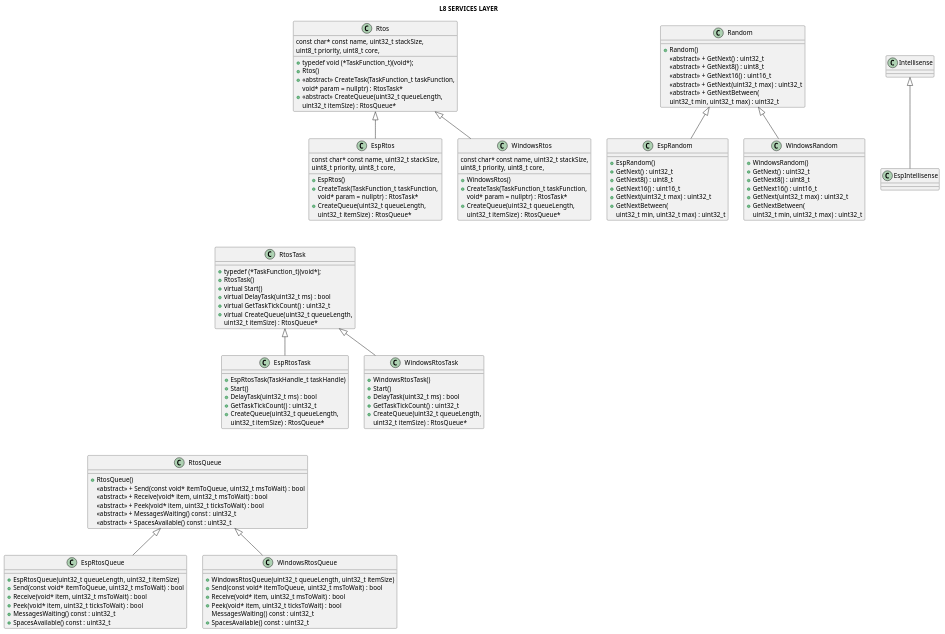
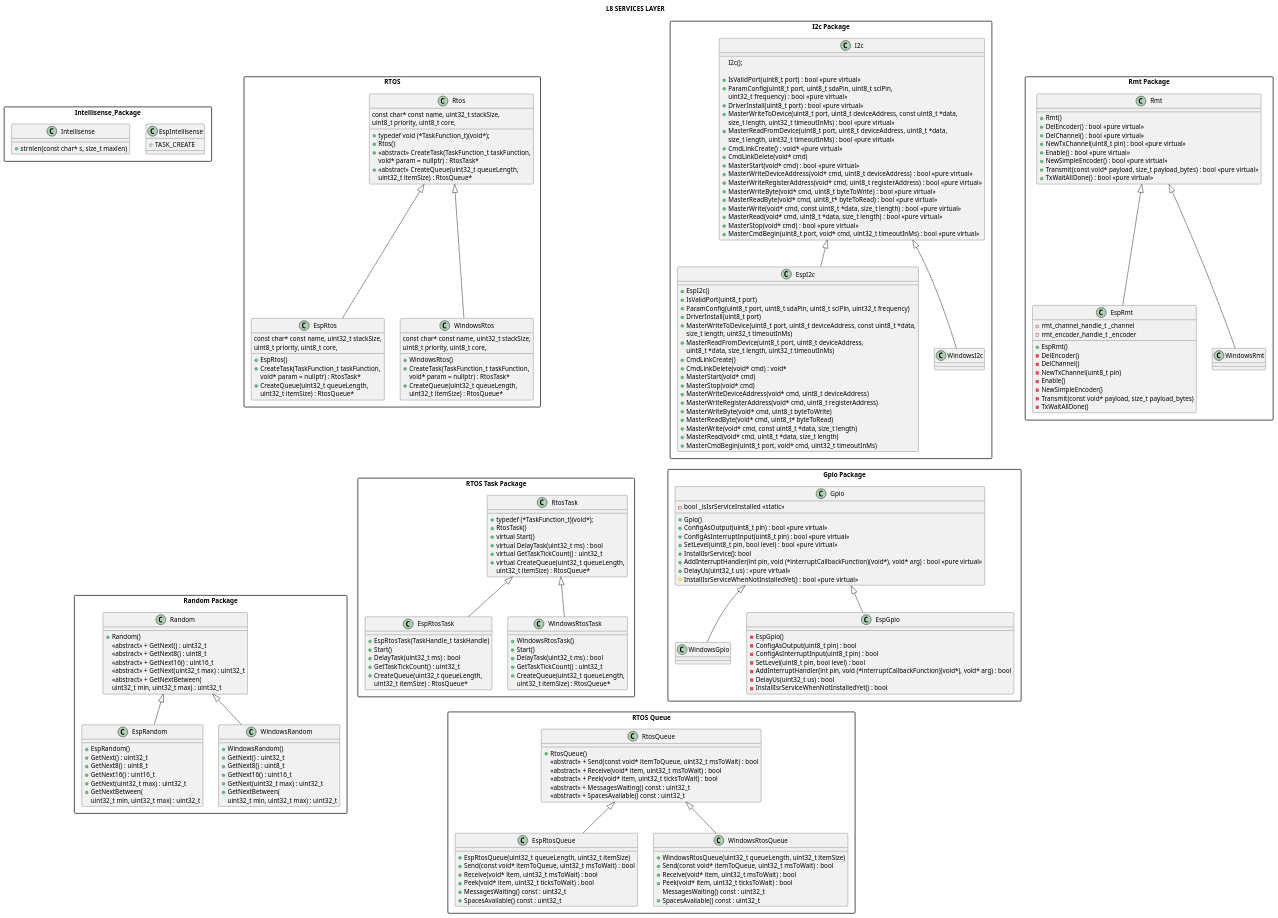
One commit to michelkeijzers/fraxis changed the diagram in Docs/Software Design/Layers/L8_services_layer.puml. Above: the diagram before and after it, drawn with PlantUML. The commit also changed 18 other files, not shown here.

Commit message:
Updated UML and adapted small non functional changes

```diff
--- a/Docs/Software Design/Layers/L8_services_layer.puml
+++ b/Docs/Software Design/Layers/L8_services_layer.puml
@@ -5,157 +5,306 @@
 skinparam packageStyle rectangle
 skinparam lineThickness 2
 
-class Intellisense 
+package "Intellisense_Package" as IntellisensePackage
 {
+    class Intellisense 
+    {
+        + strnlen(const char* s, size_t maxlen)
+    }
+
+    class EspIntellisense
+    {
+        + TASK_CREATE
+    }
 }
 
-class EspIntellisense
+package "Random Package" as RandomPackage
 {
+    class Random 
+    {
+        + Random()
+        <<abstract>> + GetNext() : uint32_t
+        <<abstract>> + GetNext8() : uint8_t
+        <<abstract>> + GetNext16() : uint16_t
+        <<abstract>> + GetNext(uint32_t max) : uint32_t
+        <<abstract>> + GetNextBetween(
+            uint32_t min, uint32_t max) : uint32_t
+    }
+
+    class EspRandom 
+    {
+        + EspRandom()
+        + GetNext() : uint32_t
+        + GetNext8() : uint8_t
+        + GetNext16() : uint16_t
+        + GetNext(uint32_t max) : uint32_t
+        + GetNextBetween(
+            uint32_t min, uint32_t max) : uint32_t
+    }
+
+    class WindowsRandom
+    {
+        + WindowsRandom()
+        + GetNext() : uint32_t
+        + GetNext8() : uint8_t
+        + GetNext16() : uint16_t
+        + GetNext(uint32_t max) : uint32_t
+        + GetNextBetween(
+            uint32_t min, uint32_t max) : uint32_t
+    }
+
+    EspRandom -u-|> Random 
+    WindowsRandom -u-|> Random
 }
 
-EspIntellisense -u-|> Intellisense
+package "RTOS" as RtosPackage
+{
+    class Rtos
+    {
+        + typedef void (*TaskFunction_t)(void*);
+        + Rtos()
+        + <<abstract>> CreateTask(TaskFunction_t taskFunction, 
+            const char* const name, uint32_t stackSize, 
+            uint8_t priority, uint8_t core, 
+            void* param = nullptr) : RtosTask* 
+        + <<abstract>> CreateQueue(uint32_t queueLength, 
+            uint32_t itemSize) : RtosQueue*
+    }
 
-class Random 
-{
-    + Random()
-    <<abstract>> + GetNext() : uint32_t
-    <<abstract>> + GetNext8() : uint8_t
-    <<abstract>> + GetNext16() : uint16_t
-    <<abstract>> + GetNext(uint32_t max) : uint32_t
-    <<abstract>> + GetNextBetween(
-        uint32_t min, uint32_t max) : uint32_t
+    class EspRtos
+    {
+        + EspRtos()
+        + CreateTask(TaskFunction_t taskFunction, 
+            const char* const name, uint32_t stackSize, 
+            uint8_t priority, uint8_t core, 
+            void* param = nullptr) : RtosTask* 
+        + CreateQueue(uint32_t queueLength, 
+            uint32_t itemSize) : RtosQueue*
+    }
+
+    class WindowsRtos
+    {
+        + WindowsRtos()
+        + CreateTask(TaskFunction_t taskFunction, 
+            const char* const name, uint32_t stackSize, 
+            uint8_t priority, uint8_t core, 
+            void* param = nullptr) : RtosTask* 
+        + CreateQueue(uint32_t queueLength, 
+            uint32_t itemSize) : RtosQueue*
+    }
+
+    EspRtos -u-|> Rtos
+    WindowsRtos -u-|> Rtos
 }
 
-class EspRandom 
+package "RTOS Queue" as RtosQueuePackage
 {
-    + EspRandom()
-    + GetNext() : uint32_t
-    + GetNext8() : uint8_t
-    + GetNext16() : uint16_t
-    + GetNext(uint32_t max) : uint32_t
-    + GetNextBetween(
-        uint32_t min, uint32_t max) : uint32_t
+    class RtosQueue
+    {
+        + RtosQueue()
+        <<abstract>> + Send(const void* itemToQueue, uint32_t msToWait) : bool
+        <<abstract>> + Receive(void* item, uint32_t msToWait) : bool 
+        <<abstract>> + Peek(void* item, uint32_t ticksToWait) : bool
+        <<abstract>> + MessagesWaiting() const : uint32_t 
+        <<abstract>> + SpacesAvailable() const : uint32_t
+    }
+
+    class EspRtosQueue
+    {
+        + EspRtosQueue(uint32_t queueLength, uint32_t itemSize)
+        + Send(const void* itemToQueue, uint32_t msToWait) : bool
+        + Receive(void* item, uint32_t msToWait) : bool 
+        + Peek(void* item, uint32_t ticksToWait) : bool
+        + MessagesWaiting() const : uint32_t 
+        + SpacesAvailable() const : uint32_t
+    }
+
+    class WindowsRtosQueue
+    {
+        + WindowsRtosQueue(uint32_t queueLength, uint32_t itemSize)
+        + Send(const void* itemToQueue, uint32_t msToWait) : bool
+        + Receive(void* item, uint32_t msToWait) : bool 
+        + Peek(void* item, uint32_t ticksToWait) : bool
+            MessagesWaiting() const : uint32_t 
+        + SpacesAvailable() const : uint32_t
+    }
+
+    EspRtosQueue -u-|> RtosQueue
+    WindowsRtosQueue -u-|> RtosQueue
 }
 
-class WindowsRandom
+package "RTOS Task Package" as RtosTaskPackage
 {
-    + WindowsRandom()
-    + GetNext() : uint32_t
-    + GetNext8() : uint8_t
-    + GetNext16() : uint16_t
-    + GetNext(uint32_t max) : uint32_t
-    + GetNextBetween(
-        uint32_t min, uint32_t max) : uint32_t
+    class RtosTask
+    {
+        + typedef (*TaskFunction_t)(void*);
+        + RtosTask()
+        + virtual Start()
+        + virtual DelayTask(uint32_t ms) : bool
+        + virtual GetTaskTickCount() : uint32_t
+        + virtual CreateQueue(uint32_t queueLength, 
+            uint32_t itemSize) : RtosQueue* 
+    }
+
+    class EspRtosTask
+    {
+        + EspRtosTask(TaskHandle_t taskHandle)
+        + Start()
+        + DelayTask(uint32_t ms) : bool
+        + GetTaskTickCount() : uint32_t
+        + CreateQueue(uint32_t queueLength, 
+            uint32_t itemSize) : RtosQueue* 
+    }
+
+    class WindowsRtosTask
+    {
+        + WindowsRtosTask()
+        + Start()
+        + DelayTask(uint32_t ms) : bool
+        + GetTaskTickCount() : uint32_t
+        + CreateQueue(uint32_t queueLength, 
+            uint32_t itemSize) : RtosQueue* 
+    }
+
+    EspRtosTask -u-|> RtosTask
+    WindowsRtosTask -u-|> RtosTask
+
+    Rtos -d[hidden]-- RtosTask
+    RtosQueue -u[hidden]-- RtosTask
 }
 
-EspRandom -u-|> Random 
-WindowsRandom -u-|> Random
+package "Gpio Package" as GpioPackage
+{
+    class Gpio
+    {
+        + Gpio()
+        + ConfigAsOutput(uint8_t pin) : bool <<pure virtual>>
+        + ConfigAsInterruptInput(uint8_t pin) : bool <<pure virtual>>
+        + SetLevel(uint8_t pin, bool level) : bool  <<pure virtual>>
+        + InstallIsrService(): bool
+        + AddInterruptHandler(int pin, void (*interruptCallbackFunction)(void*), void* arg) : bool <<pure virtual>>
+        + DelayUs(uint32_t us) : <<pure virtual>>
+        # InstallIsrServiceWhenNotInstalledYet() : bool <<pure virtual>>
+        - bool _isIsrServiceInstalled <<static>>
+    }
 
-class Rtos
-{
-    + typedef void (*TaskFunction_t)(void*);
-    + Rtos()
-    + <<abstract>> CreateTask(TaskFunction_t taskFunction, 
-        const char* const name, uint32_t stackSize, 
-        uint8_t priority, uint8_t core, 
-        void* param = nullptr) : RtosTask* 
-    + <<abstract>> CreateQueue(uint32_t queueLength, 
-        uint32_t itemSize) : RtosQueue*
+    class EspGpio
+    {
+        - EspGpio()
+        - ConfigAsOutput(uint8_t pin) : bool
+        - ConfigAsInterruptInput(uint8_t pin) : bool
+        - SetLevel(uint8_t pin, bool level) : bool
+        - AddInterruptHandler(int pin, void (*interruptCallbackFunction)(void*), void* arg) : bool
+        - DelayUs(uint32_t us) : bool
+        - InstallIsrServiceWhenNotInstalledYet() : bool
+    }
+
+    class WindowsGpio
+    {
+    }
+
+    EspGpio -u-|> Gpio
+    WindowsGpio -u-|> Gpio
 }
 
-class EspRtos
+
+package "I2c Package" as I2cPackage
 {
-    + EspRtos()
-    + CreateTask(TaskFunction_t taskFunction, 
-        const char* const name, uint32_t stackSize, 
-        uint8_t priority, uint8_t core, 
-        void* param = nullptr) : RtosTask* 
-    + CreateQueue(uint32_t queueLength, 
-        uint32_t itemSize) : RtosQueue*
+    class I2c
+    {
+        I2c();
+        
+        + IsValidPort(uint8_t port)  : bool <<pure virtual>>
+        + ParamConfig(uint8_t port, uint8_t sdaPin, uint8_t sclPin, 
+            uint32_t frequency)  : bool <<pure virtual>>
+        + DriverInstall(uint8_t port) : bool <<pure virtual>>
+        + MasterWriteToDevice(uint8_t port, uint8_t deviceAddress, const uint8_t *data, 
+            size_t length, uint32_t timeoutInMs) : bool <<pure virtual>>
+        + MasterReadFromDevice(uint8_t port, uint8_t deviceAddress, uint8_t *data, 
+            size_t length, uint32_t timeoutInMs) : bool <<pure virtual>>
+        + CmdLinkCreate() : void*  <<pure virtual>>
+        + CmdLinkDelete(void* cmd) 
+        + MasterStart(void* cmd)  : bool <<pure virtual>>
+        + MasterWriteDeviceAddress(void* cmd, uint8_t deviceAddress)  : bool <<pure virtual>>
+        + MasterWriteRegisterAddress(void* cmd, uint8_t registerAddress)  : bool <<pure virtual>>
+        + MasterWriteByte(void* cmd, uint8_t byteToWrite)  : bool <<pure virtual>>
+        + MasterReadByte(void* cmd, uint8_t* byteToRead)  : bool <<pure virtual>>
+        + MasterWrite(void* cmd, const uint8_t *data, size_t length)  : bool <<pure virtual>>
+        + MasterRead(void* cmd, uint8_t *data, size_t length)  : bool <<pure virtual>>
+        + MasterStop(void* cmd)  : bool <<pure virtual>>
+        + MasterCmdBegin(uint8_t port, void* cmd, uint32_t timeoutInMs) : bool <<pure virtual>>
+    }
+
+    class EspI2c
+    {
+        + EspI2c()
+        + IsValidPort(uint8_t port)
+        + ParamConfig(uint8_t port, uint8_t sdaPin, uint8_t sclPin, uint32_t frequency)
+        + DriverInstall(uint8_t port)
+        + MasterWriteToDevice(uint8_t port, uint8_t deviceAddress, const uint8_t *data, 
+            size_t length, uint32_t timeoutInMs) 
+        + MasterReadFromDevice(uint8_t port, uint8_t deviceAddress, 
+            uint8_t *data, size_t length, uint32_t timeoutInMs) 
+        + CmdLinkCreate()
+        + CmdLinkDelete(void* cmd) : void*
+        + MasterStart(void* cmd)
+        + MasterStop(void* cmd) 
+        + MasterWriteDeviceAddress(void* cmd, uint8_t deviceAddress) 
+        + MasterWriteRegisterAddress(void* cmd, uint8_t registerAddress)
+        + MasterWriteByte(void* cmd, uint8_t byteToWrite)
+        + MasterReadByte(void* cmd, uint8_t* byteToRead) 
+        + MasterWrite(void* cmd, const uint8_t *data, size_t length) 
+        + MasterRead(void* cmd, uint8_t *data, size_t length) 
+        + MasterCmdBegin(uint8_t port, void* cmd, uint32_t timeoutInMs) 
+    }
+
+    class WindowsI2c
+    {
+
+    }
+
+    EspI2c -u-|> I2c
+    WindowsI2c -u-|> I2c
 }
 
-class WindowsRtos
+package "Rmt Package" as RmtPackage
 {
-    + WindowsRtos()
-    + CreateTask(TaskFunction_t taskFunction, 
-        const char* const name, uint32_t stackSize, 
-        uint8_t priority, uint8_t core, 
-        void* param = nullptr) : RtosTask* 
-    + CreateQueue(uint32_t queueLength, 
-        uint32_t itemSize) : RtosQueue*
+    class Rmt
+    {
+        + Rmt()
+        + DelEncoder() : bool <<pure virtual>>
+        + DelChannel() : bool <<pure virtual>>
+        + NewTxChannel(uint8_t pin) : bool <<pure virtual>>
+        + Enable() : bool <<pure virtual>>
+        + NewSimpleEncoder() : bool <<pure virtual>>
+        + Transmit(const void* payload, size_t payload_bytes) : bool <<pure virtual>>
+        + TxWaitAllDone() : bool <<pure virtual>>
+    }
+
+    class EspRmt
+    {
+        + EspRmt()
+        - DelEncoder()
+        - DelChannel()
+        - NewTxChannel(uint8_t pin)
+        - Enable()
+        - NewSimpleEncoder()
+        - Transmit(const void* payload, size_t payload_bytes) 
+        - TxWaitAllDone()
+        - rmt_channel_handle_t _channel
+        - rmt_encoder_handle_t _encoder
+    }
+
+    class WindowsRmt
+    {
+
+    }
+
+    EspRmt -u-|> Rmt
+    WindowsRmt -u-|> Rmt
 }
 
-EspRtos -u-|> Rtos
-WindowsRtos -u-|> Rtos
-
-class RtosQueue
-{
-    + RtosQueue()
-    <<abstract>> + Send(const void* itemToQueue, uint32_t msToWait) : bool
-    <<abstract>> + Receive(void* item, uint32_t msToWait) : bool 
-    <<abstract>> + Peek(void* item, uint32_t ticksToWait) : bool
-    <<abstract>> + MessagesWaiting() const : uint32_t 
-    <<abstract>> + SpacesAvailable() const : uint32_t
-}
-
-class EspRtosQueue
-{
-    + EspRtosQueue(uint32_t queueLength, uint32_t itemSize)
-    + Send(const void* itemToQueue, uint32_t msToWait) : bool
-    + Receive(void* item, uint32_t msToWait) : bool 
-    + Peek(void* item, uint32_t ticksToWait) : bool
-    + MessagesWaiting() const : uint32_t 
-    + SpacesAvailable() const : uint32_t
-}
-
-class WindowsRtosQueue
-{
-    + WindowsRtosQueue(uint32_t queueLength, uint32_t itemSize)
-    + Send(const void* itemToQueue, uint32_t msToWait) : bool
-    + Receive(void* item, uint32_t msToWait) : bool 
-    + Peek(void* item, uint32_t ticksToWait) : bool
-        MessagesWaiting() const : uint32_t 
-    + SpacesAvailable() const : uint32_t
-}
-
-EspRtosQueue -u-|> RtosQueue
-WindowsRtosQueue -u-|> RtosQueue
-
-class RtosTask
-{
-    + typedef (*TaskFunction_t)(void*);
-    + RtosTask()
-    + virtual Start()
-    + virtual DelayTask(uint32_t ms) : bool
-    + virtual GetTaskTickCount() : uint32_t
-    + virtual CreateQueue(uint32_t queueLength, 
-        uint32_t itemSize) : RtosQueue* 
-}
-
-class EspRtosTask
-{
-    + EspRtosTask(TaskHandle_t taskHandle)
-    + Start()
-    + DelayTask(uint32_t ms) : bool
-    + GetTaskTickCount() : uint32_t
-    + CreateQueue(uint32_t queueLength, 
-        uint32_t itemSize) : RtosQueue* 
-}
-
-class WindowsRtosTask
-{
-    + WindowsRtosTask()
-    + Start()
-    + DelayTask(uint32_t ms) : bool
-    + GetTaskTickCount() : uint32_t
-    + CreateQueue(uint32_t queueLength, 
-        uint32_t itemSize) : RtosQueue* 
-}
-
-EspRtosTask -u-|> RtosTask
-WindowsRtosTask -u-|> RtosTask
-
-Rtos -d[hidden]-- RtosTask
-RtosQueue -u[hidden]-- RtosTask
+EspGpio -u[hidden]--- I2c
+Random  -u[hidden]--- EspIntellisense
 
 @enduml
```
